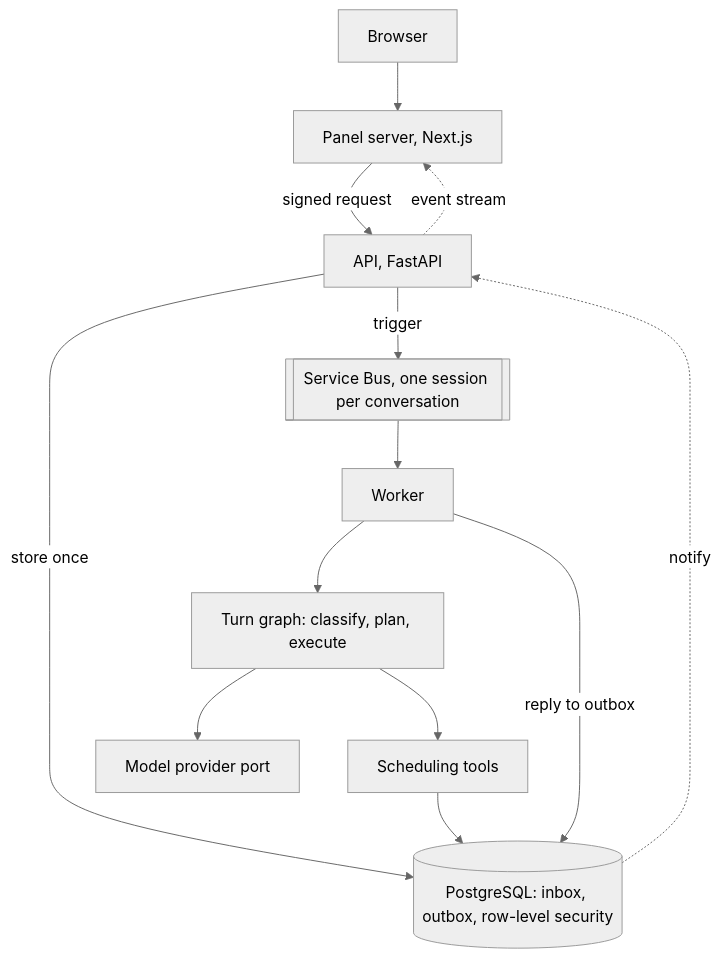
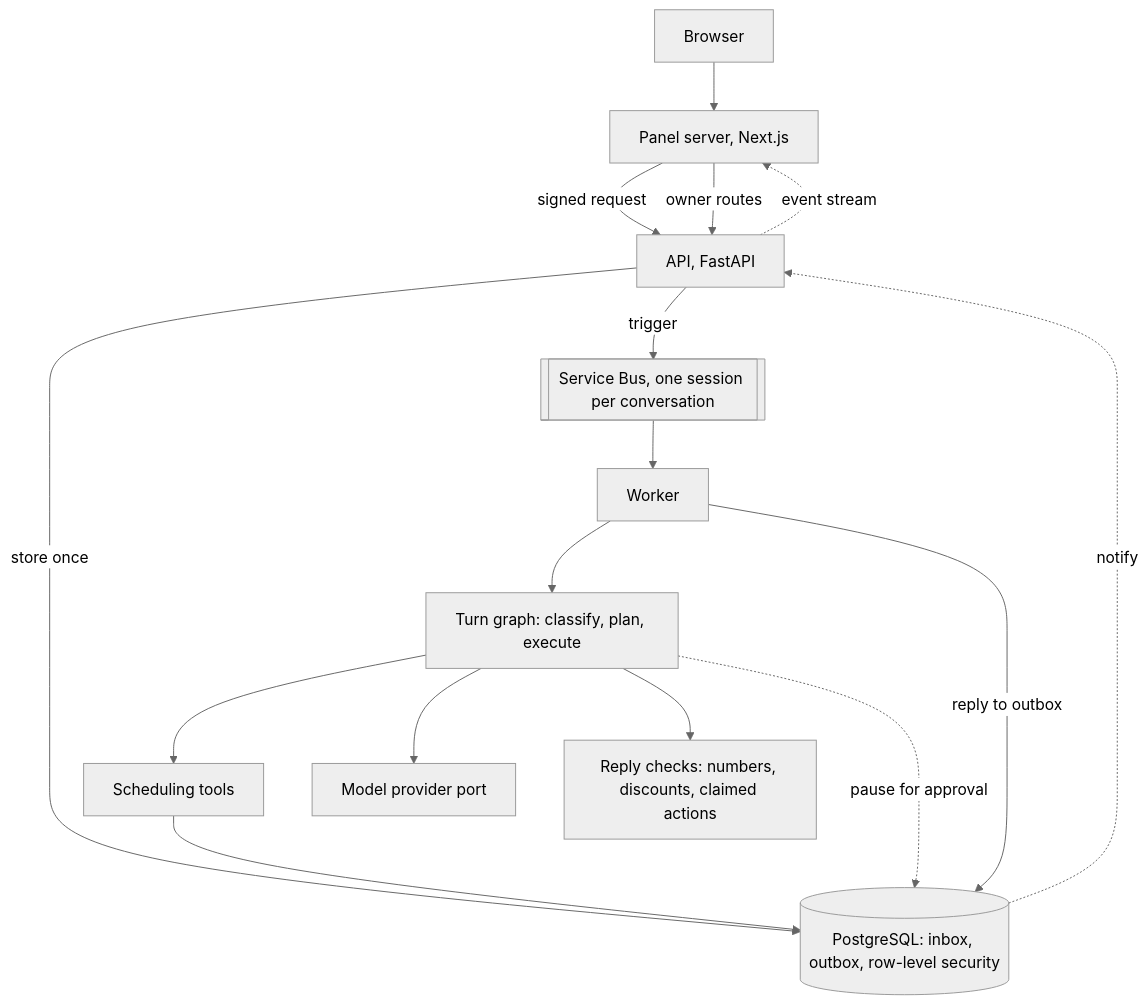
One commit to dev-isaacmello/frontdesk changed the diagram in README.md. Above: the diagram before and after it, drawn with Mermaid (neutral theme). The commit also changed other lines of this file and 38 other files, not shown here.

First line of the commit message:
Add the owner's panel: conversations with how each reply was made, approvals and house rules

````diff
--- a/README.md
+++ b/README.md
@@ -27,15 +29,18 @@
 ```mermaid
 flowchart TD
     browser[Browser] --> panel[Panel server, Next.js]
     panel -- signed request --> api[API, FastAPI]
     api -- store once --> pg[(PostgreSQL: inbox, outbox, row-level security)]
     api -- trigger --> queue[[Service Bus, one session per conversation]]
     queue --> worker[Worker]
     worker --> turn[Turn graph: classify, plan, execute]
     turn --> tools[Scheduling tools]
     turn --> model[Model provider port]
     tools --> pg
     worker -- reply to outbox --> pg
+    turn --> checks[Reply checks: numbers, discounts, claimed actions]
+    turn -. pause for approval .-> pg
     pg -. notify .-> api
     api -. event stream .-> panel
+    panel -- owner routes --> api
 ```
````
